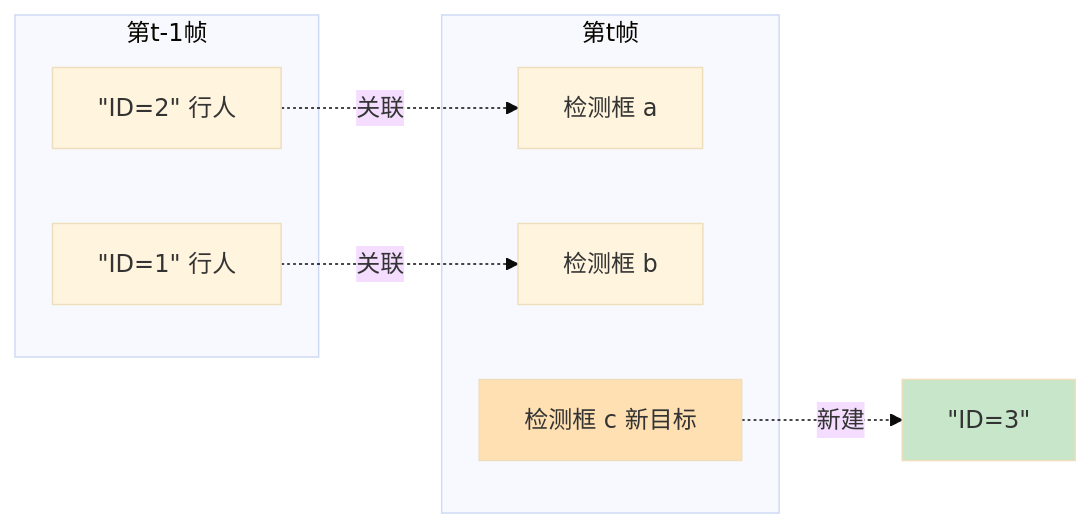
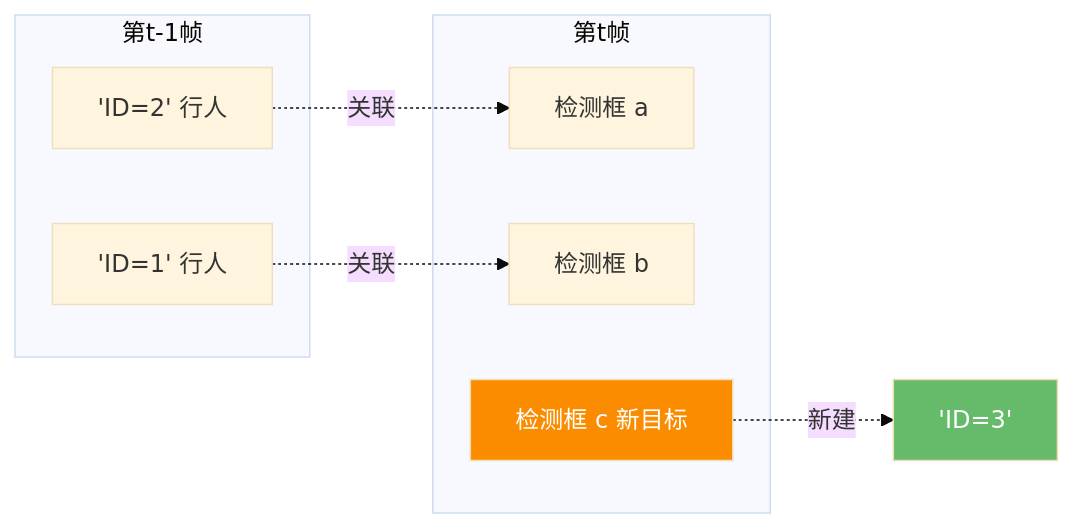
Before and after one commit to yyq19990828/onnxtools: the first of 9 diagrams in docs/guides/tracking/index.md, drawn with Mermaid (base theme). The commit also changed other lines of this file and 12 other files, not shown here.

First line of the commit message:
fix(docs): 修复 mermaid 暗色模式配色 + 语法报错 + 数学公式渲染

````diff
--- a/docs/guides/tracking/index.md
+++ b/docs/guides/tracking/index.md
@@ -31,17 +31,17 @@
 ```mermaid
 graph LR
     subgraph 第t-1帧
-        A1["#quot;ID=1#quot; 行人"]
-        A2["#quot;ID=2#quot; 行人"]
+        A1["'ID=1' 行人"]
+        A2["'ID=2' 行人"]
     end
     subgraph 第t帧
         B1["检测框 a"]
         B2["检测框 b"]
         B3["检测框 c 新目标"]
     end
     A1 -.关联.-> B2
     A2 -.关联.-> B1
-    B3 -.新建.-> C["#quot;ID=3#quot;"]
-    style B3 fill:#ffe0b2
-    style C fill:#c8e6c9
+    B3 -.新建.-> C["'ID=3'"]
+    style B3 fill:#fb8c00,color:#fff
+    style C fill:#66bb6a,color:#fff
 ```
````
